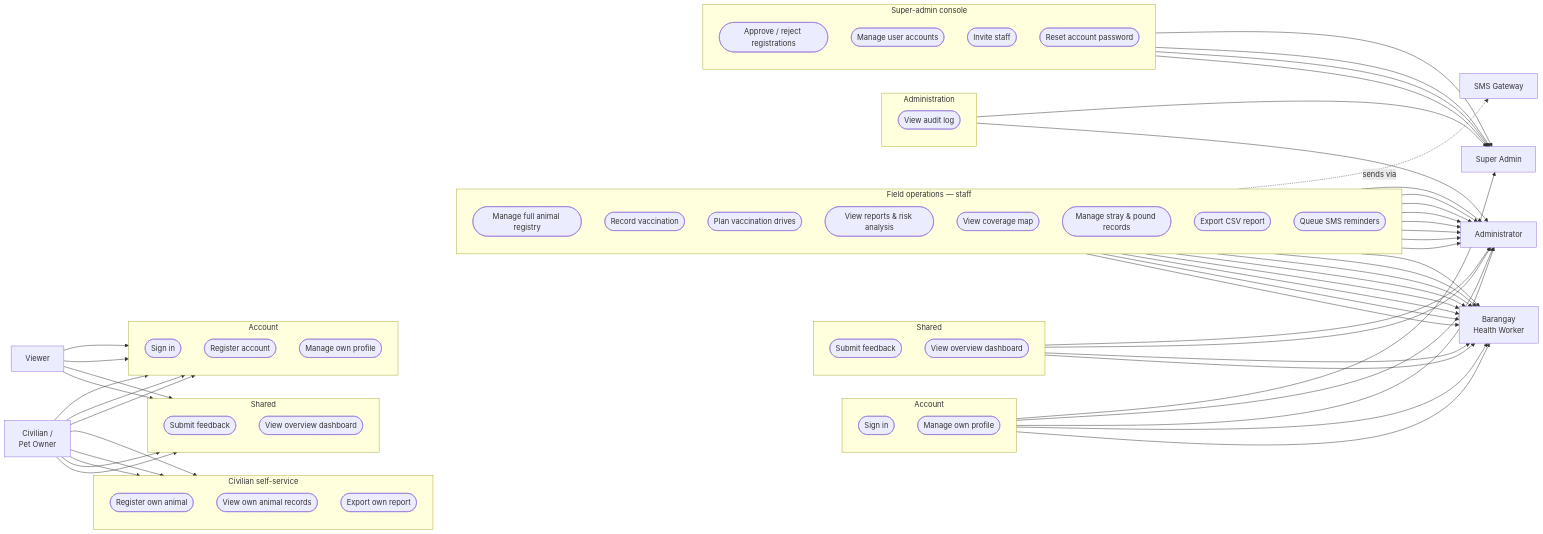
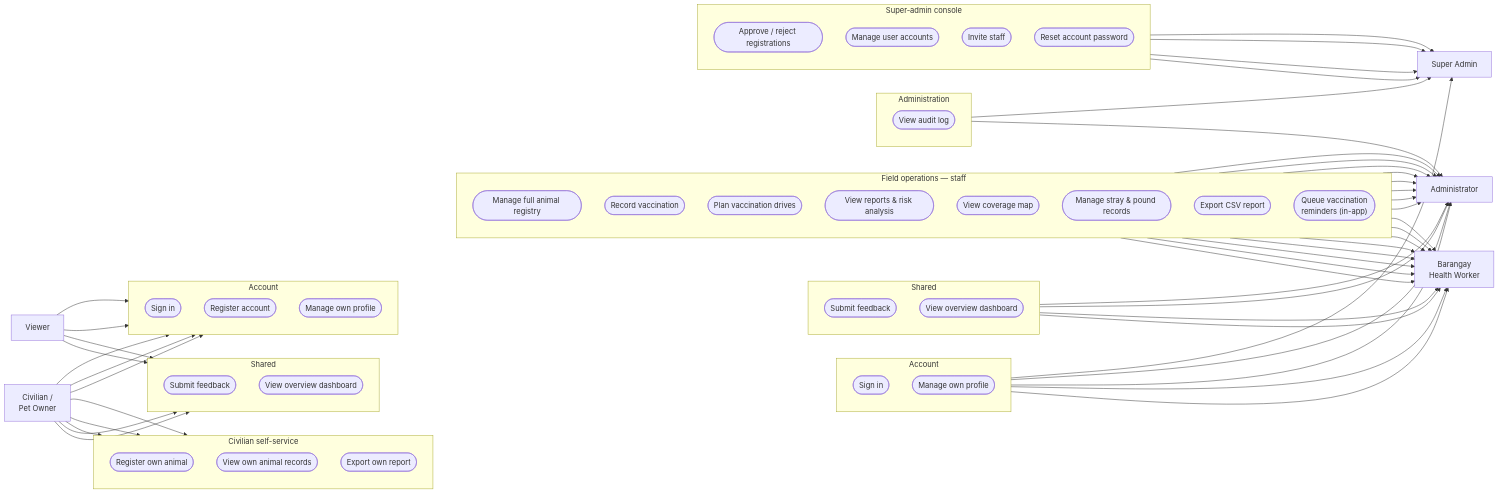
One commit to kiniakoangaccount/vaccitrack-capstone changed the eighth of 8 diagrams in DIAGRAMS.md. Above: the diagram before and after it, drawn with Mermaid. The commit also changed other lines of this file and 11 other files, not shown here.

````diff
--- a/DIAGRAMS.md
+++ b/DIAGRAMS.md
@@ -284,77 +305,75 @@
 ```mermaid
 flowchart LR
   CIV["Civilian /<br/>Pet Owner"]
   VIEW["Viewer"]
 
   subgraph UC_ACCT["Account"]
     direction TB
     UC1(["Sign in"])
     UC2(["Register account"])
     UC3(["Manage own profile"])
   end
 
   subgraph UC_CIV["Civilian self-service"]
     direction TB
     UC4(["Register own animal"])
     UC5(["View own animal records"])
     UC6(["Export own report"])
   end
 
   subgraph UC_COMMON["Shared"]
     direction TB
     UC7(["Submit feedback"])
     UC8(["View overview dashboard"])
   end
 
   subgraph UC_ACCT2["Account "]
     direction TB
     UC1B(["Sign in"])
     UC3B(["Manage own profile"])
   end
 
   subgraph UC_COMMON2["Shared "]
     direction TB
     UC7B(["Submit feedback"])
     UC8B(["View overview dashboard"])
   end
 
   subgraph UC_STAFF["Field operations — staff"]
     direction TB
     UC9(["Manage full animal registry"])
     UC10(["Record vaccination"])
     UC11(["Plan vaccination drives"])
     UC12(["View reports & risk analysis"])
     UC13(["View coverage map"])
     UC14(["Manage stray & pound records"])
     UC15(["Export CSV report"])
-    UC16(["Queue SMS reminders"])
+    UC16(["Queue vaccination<br/>reminders (in-app)"])
   end
 
   subgraph UC_ADMIN["Administration"]
     direction TB
     UC17(["View audit log"])
   end
 
   subgraph UC_SUPER["Super-admin console"]
     direction TB
     UC18(["Approve / reject registrations"])
     UC19(["Manage user accounts"])
     UC20(["Invite staff"])
     UC21(["Reset account password"])
   end
 
   BHW["Barangay<br/>Health Worker"]
   ADMIN["Administrator"]
   SUPER["Super Admin"]
-  SMSGW["SMS Gateway"]
 
   CIV --> UC1 & UC2 & UC3 & UC4 & UC5 & UC6 & UC7 & UC8
   VIEW --> UC1 & UC3 & UC7 & UC8
 
   UC1B & UC3B & UC7B & UC8B & UC9 & UC10 & UC11 & UC12 & UC13 & UC14 & UC15 & UC16 --> BHW
   UC1B & UC3B & UC7B & UC8B & UC9 & UC10 & UC11 & UC12 & UC13 & UC14 & UC15 & UC16 & UC17 --> ADMIN
   UC1B & UC17 & UC18 & UC19 & UC20 & UC21 --> SUPER
-  UC16 -. "sends via" .-> SMSGW
 
   UC8 ~~~ UC1B
 ```
````
